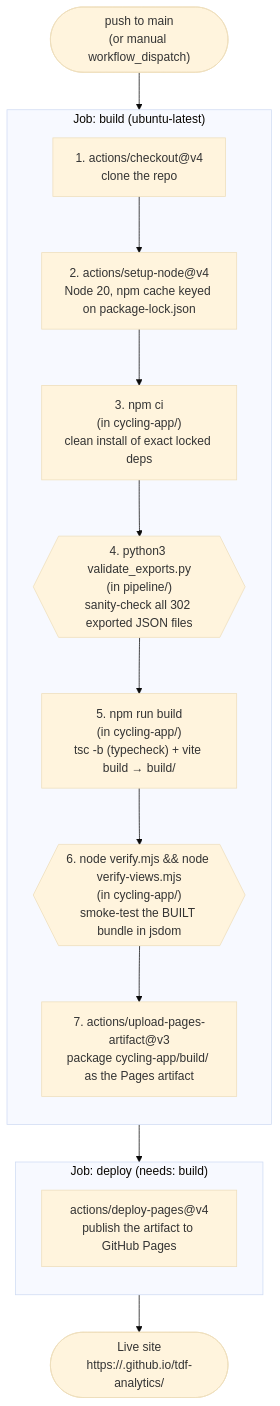
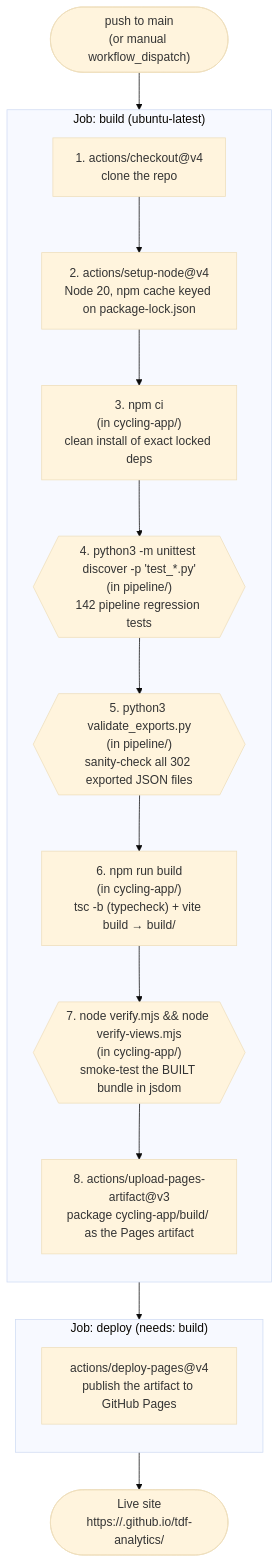
One commit to eshiflet/tdf-analytics changed the third of 3 diagrams in architecture.md. Above: the diagram before and after it, drawn with Mermaid (base theme). The commit also changed other lines of this file and 1 other file, not shown here.

First line of the commit message:
Document the August 2026 correctness pass in ai-context.md and architecture.md

````diff
--- a/architecture.md
+++ b/architecture.md
@@ -324,27 +371,28 @@
 ```mermaid
 flowchart TD
     TRIGGER(["push to main<br/>(or manual workflow_dispatch)"])
 
     subgraph BUILD["Job: build (ubuntu-latest)"]
         direction TB
         S1["1. actions/checkout@v4<br/>clone the repo"]
         S2["2. actions/setup-node@v4<br/>Node 20, npm cache keyed on package-lock.json"]
         S3["3. npm ci<br/>(in cycling-app/)<br/>clean install of exact locked deps"]
-        S4{{"4. python3 validate_exports.py<br/>(in pipeline/)<br/>sanity-check all 302 exported JSON files"}}
-        S5["5. npm run build<br/>(in cycling-app/)<br/>tsc -b (typecheck) + vite build → build/"]
-        S6{{"6. node verify.mjs && node verify-views.mjs<br/>(in cycling-app/)<br/>smoke-test the BUILT bundle in jsdom"}}
-        S7["7. actions/upload-pages-artifact@v3<br/>package cycling-app/build/ as the Pages artifact"]
+        STEST{{"4. python3 -m unittest discover -p 'test_*.py'<br/>(in pipeline/)<br/>142 pipeline regression tests"}}
+        S4{{"5. python3 validate_exports.py<br/>(in pipeline/)<br/>sanity-check all 302 exported JSON files"}}
+        S5["6. npm run build<br/>(in cycling-app/)<br/>tsc -b (typecheck) + vite build → build/"]
+        S6{{"7. node verify.mjs && node verify-views.mjs<br/>(in cycling-app/)<br/>smoke-test the BUILT bundle in jsdom"}}
+        S7["8. actions/upload-pages-artifact@v3<br/>package cycling-app/build/ as the Pages artifact"]
 
-        S1 --> S2 --> S3 --> S4 --> S5 --> S6 --> S7
+        S1 --> S2 --> S3 --> STEST --> S4 --> S5 --> S6 --> S7
     end
 
     subgraph DEPLOY["Job: deploy (needs: build)"]
         direction TB
         D1["actions/deploy-pages@v4<br/>publish the artifact to GitHub Pages"]
     end
 
     LIVE(["Live site<br/>https://<user>.github.io/tdf-analytics/"])
 
     TRIGGER --> S1
     S7 --> D1 --> LIVE
 ```
````
